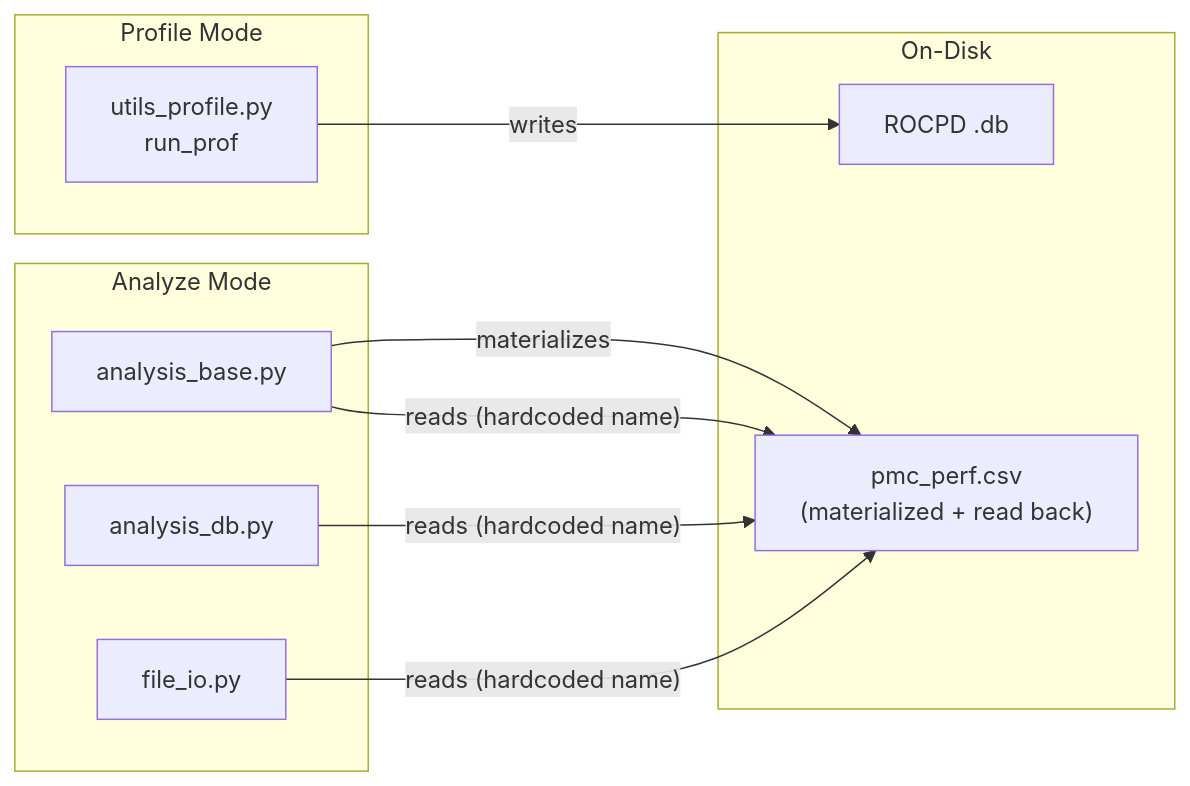
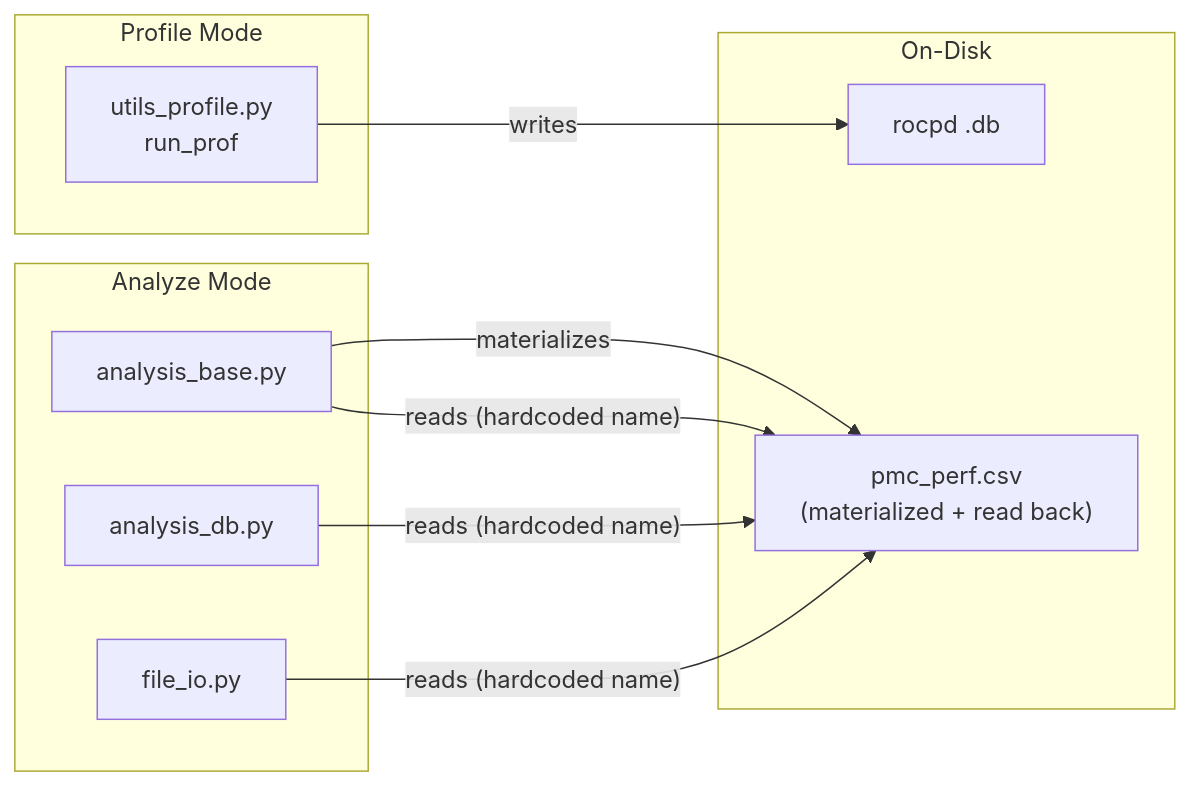
One commit to bergetbjork/rocm-systems changed the third of 8 diagrams in projects/rocprofiler-compute/docs/design/profile_interface_architecture.md. Above: the diagram before and after it, drawn with Mermaid. The commit also changed other lines of this file, not shown here.

````diff
--- a/projects/rocprofiler-compute/docs/design/profile_interface_architecture.md
+++ b/projects/rocprofiler-compute/docs/design/profile_interface_architecture.md
@@ -225,20 +228,20 @@
 ```mermaid
 flowchart LR
     subgraph profile["Profile Mode"]
         uprof["utils_profile.py<br/>run_prof"]
     end
     subgraph analyze["Analyze Mode"]
         abase["analysis_base.py"]
         adb["analysis_db.py"]
         fio["file_io.py"]
     end
     subgraph disk["On-Disk"]
-        db["ROCPD .db"]
+        db["rocpd .db"]
         pmc["pmc_perf.csv<br/>(materialized + read back)"]
     end
     uprof -->|"writes"| db
     abase -->|"materializes"| pmc
     abase -->|"reads (hardcoded name)"| pmc
     adb -->|"reads (hardcoded name)"| pmc
     fio -->|"reads (hardcoded name)"| pmc
 ```
````
